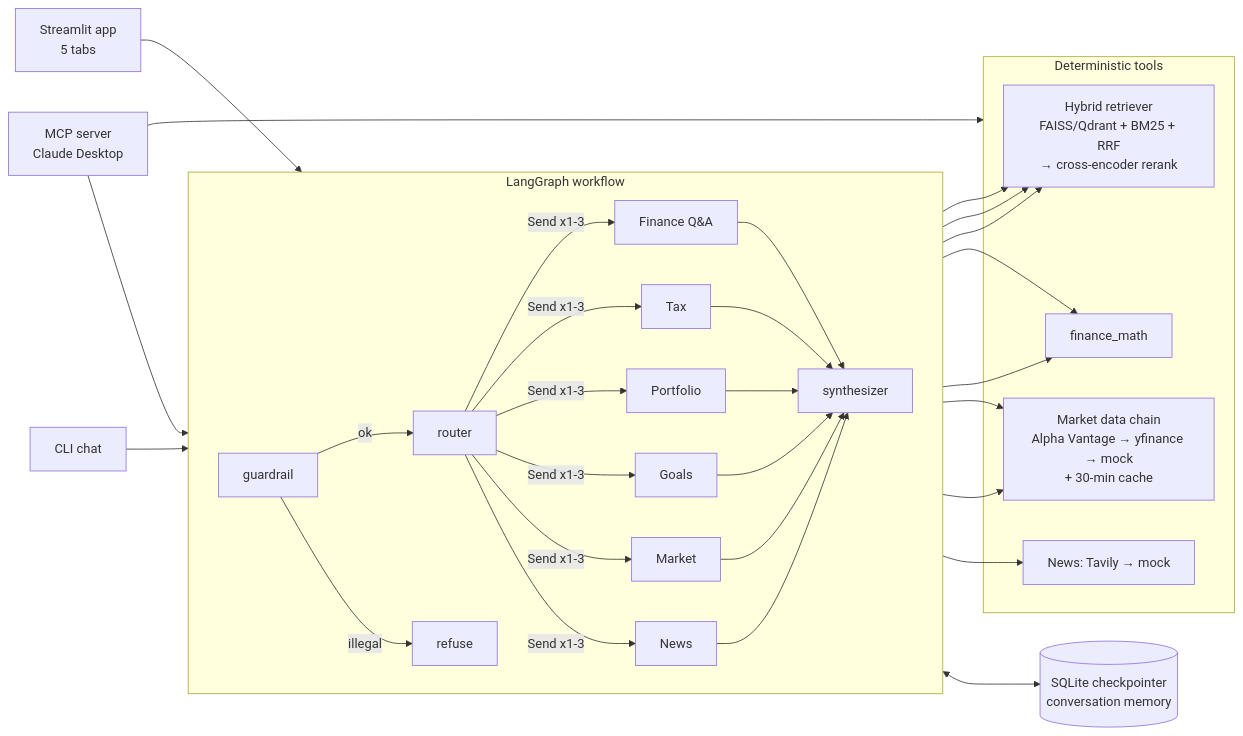
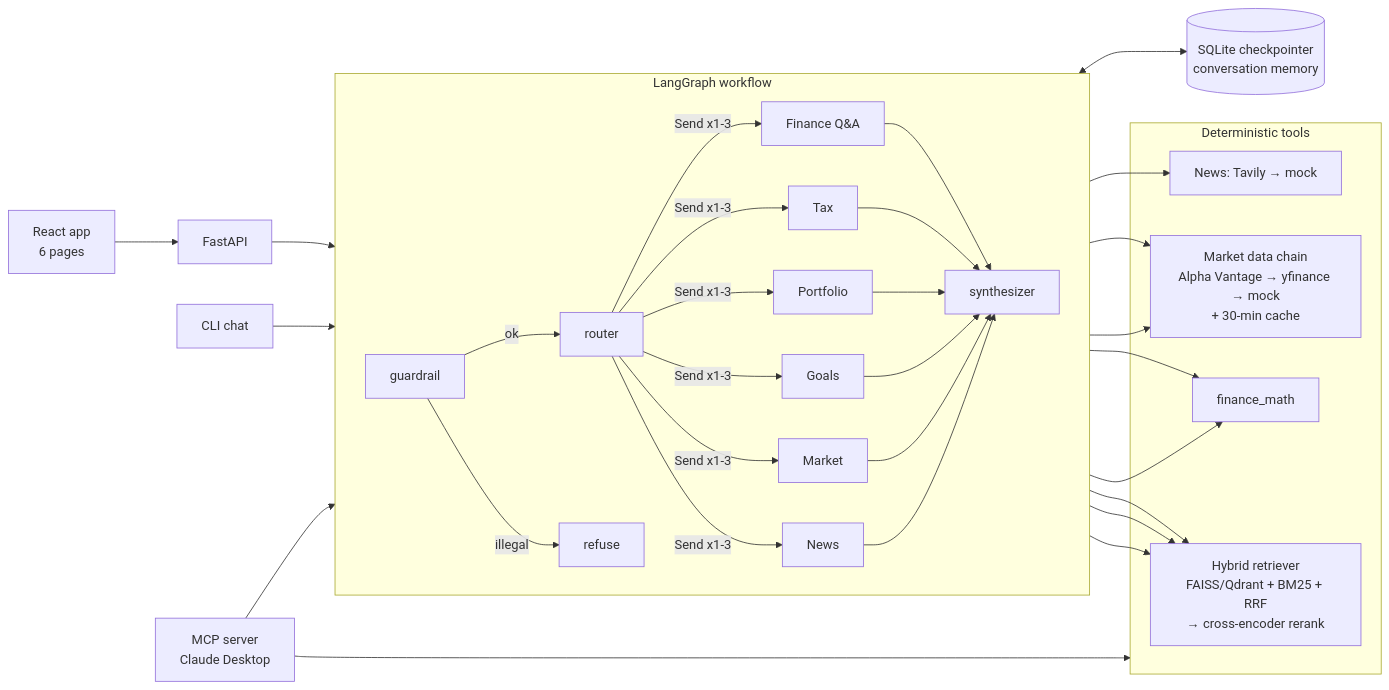
Before and after one commit to Akshitmodi11/AI_FInance_Assistance: the diagram in docs/design.md, drawn with Mermaid. The commit also changed other lines of this file and 42 other files, not shown here.

Commit message:
React + FastAPI web app, new README with screenshots, updated docs

````diff
--- a/docs/design.md
+++ b/docs/design.md
@@ -9,25 +10,25 @@
 ```mermaid
 flowchart LR
-    UI[Streamlit app<br/>5 tabs] --> G
+    UI[React app<br/>6 pages] --> API[FastAPI] --> G
     CLI[CLI chat] --> G
     MCP[MCP server<br/>Claude Desktop] --> G
     MCP --> T
     subgraph G[LangGraph workflow]
         direction LR
         GR[guardrail] -->|ok| R[router]
         GR -->|illegal| X[refuse]
         R -->|Send x1-3| A1[Finance Q&A] & A2[Tax] & A3[Portfolio] & A4[Goals] & A5[Market] & A6[News]
         A1 & A2 & A3 & A4 & A5 & A6 --> S[synthesizer]
     end
     subgraph T[Deterministic tools]
         RAG[Hybrid retriever<br/>FAISS/Qdrant + BM25 + RRF<br/>→ cross-encoder rerank]
         FM[finance_math]
         MD[Market data chain<br/>Alpha Vantage → yfinance → mock<br/>+ 30-min cache]
         NW[News: Tavily → mock]
     end
     A1 & A2 & A3 --> RAG
     A3 & A4 --> FM
     A3 & A5 --> MD
     A6 --> NW
     G <--> CP[(SQLite checkpointer<br/>conversation memory)]
 ```
````
